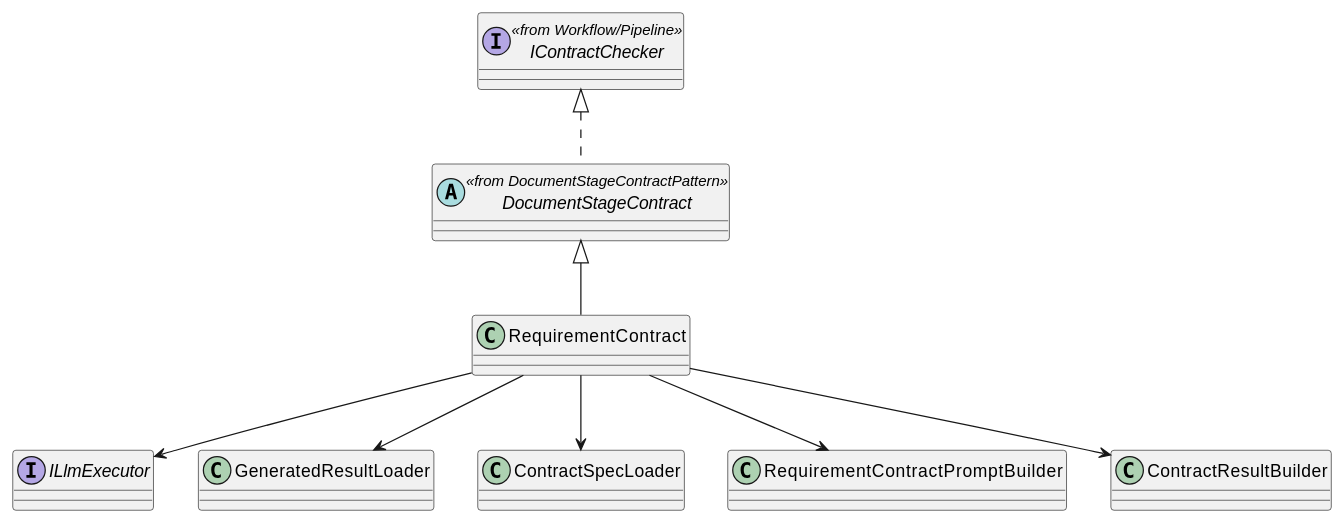
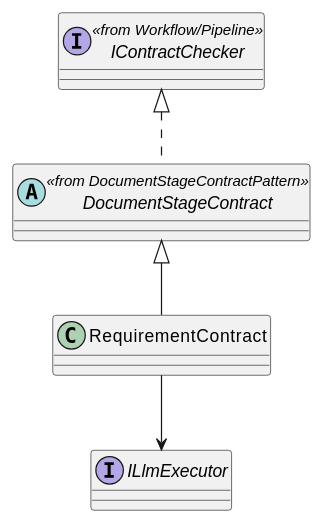
The first of 2 diagrams in meta_layer/docs/design_docs/Contract/RequirementContract.md (lucky-chen/ai_workflow_travel), drawn with PlantUML before and after one commit. The commit also changed other lines of this file and 3 other files, not shown here.

````diff
--- a/meta_layer/docs/design_docs/Contract/RequirementContract.md
+++ b/meta_layer/docs/design_docs/Contract/RequirementContract.md
@@ -43,21 +43,13 @@
 ```plantuml
 @startuml
 interface IContractChecker <<from Workflow/Pipeline>>
 interface ILlmExecutor
 abstract class DocumentStageContract <<from DocumentStageContractPattern>>
 
 class RequirementContract
-class GeneratedResultLoader
-class ContractSpecLoader
-class RequirementContractPromptBuilder
-class ContractResultBuilder
 
 IContractChecker <|.. DocumentStageContract
 DocumentStageContract <|-- RequirementContract
-RequirementContract --> GeneratedResultLoader
-RequirementContract --> ContractSpecLoader
-RequirementContract --> RequirementContractPromptBuilder
 RequirementContract --> ILlmExecutor
-RequirementContract --> ContractResultBuilder
 @enduml
 ```
````
